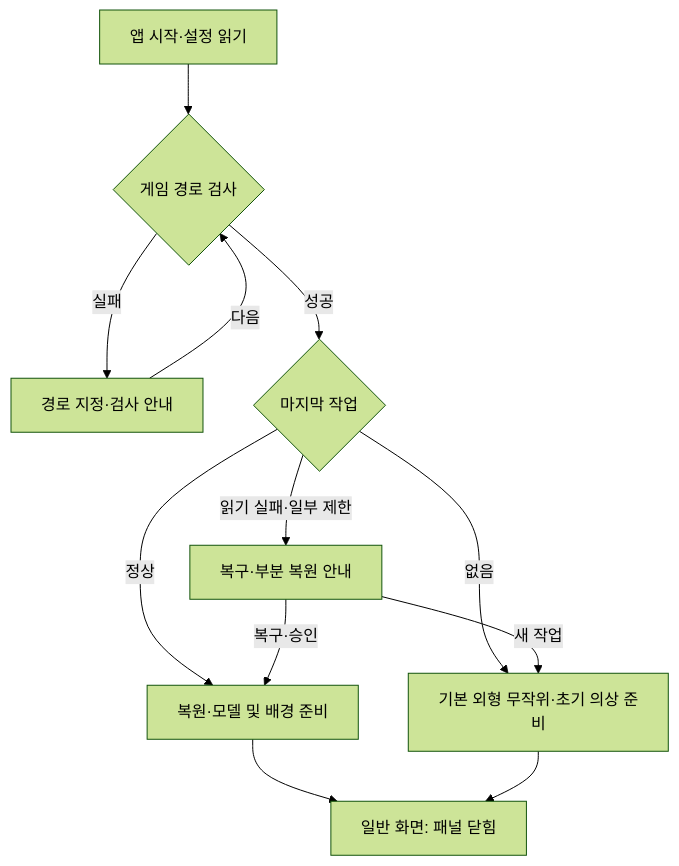
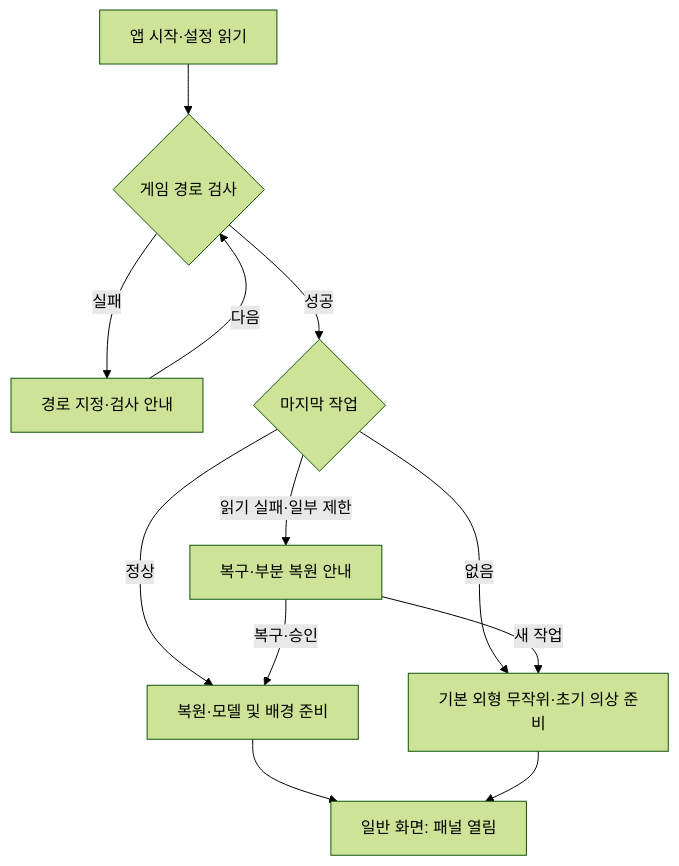
The first of 3 diagrams in Docs/ProgramFlow.md (PieceOfPaper/MobiAtelier), drawn with Mermaid (forest theme) before and after one commit. The commit also changed 18 other files, not shown here.

````diff
--- a/Docs/ProgramFlow.md
+++ b/Docs/ProgramFlow.md
@@ -9,14 +9,14 @@
 ```mermaid
 flowchart TD
     A["앱 시작·설정 읽기"] --> B{"게임 경로 검사"}
     B -->|실패| C["경로 지정·검사 안내"]
     C -->|다음| B
     B -->|성공| D{"마지막 작업"}
     D -->|정상| E["복원·모델 및 배경 준비"]
     D -->|없음| F["기본 외형 무작위·초기 의상 준비"]
     D -->|읽기 실패·일부 제한| G["복구·부분 복원 안내"]
     G -->|복구·승인| E
     G -->|새 작업| F
-    E --> H["일반 화면: 패널 닫힘"]
+    E --> H["일반 화면: 패널 열림"]
     F --> H
 ```
````
